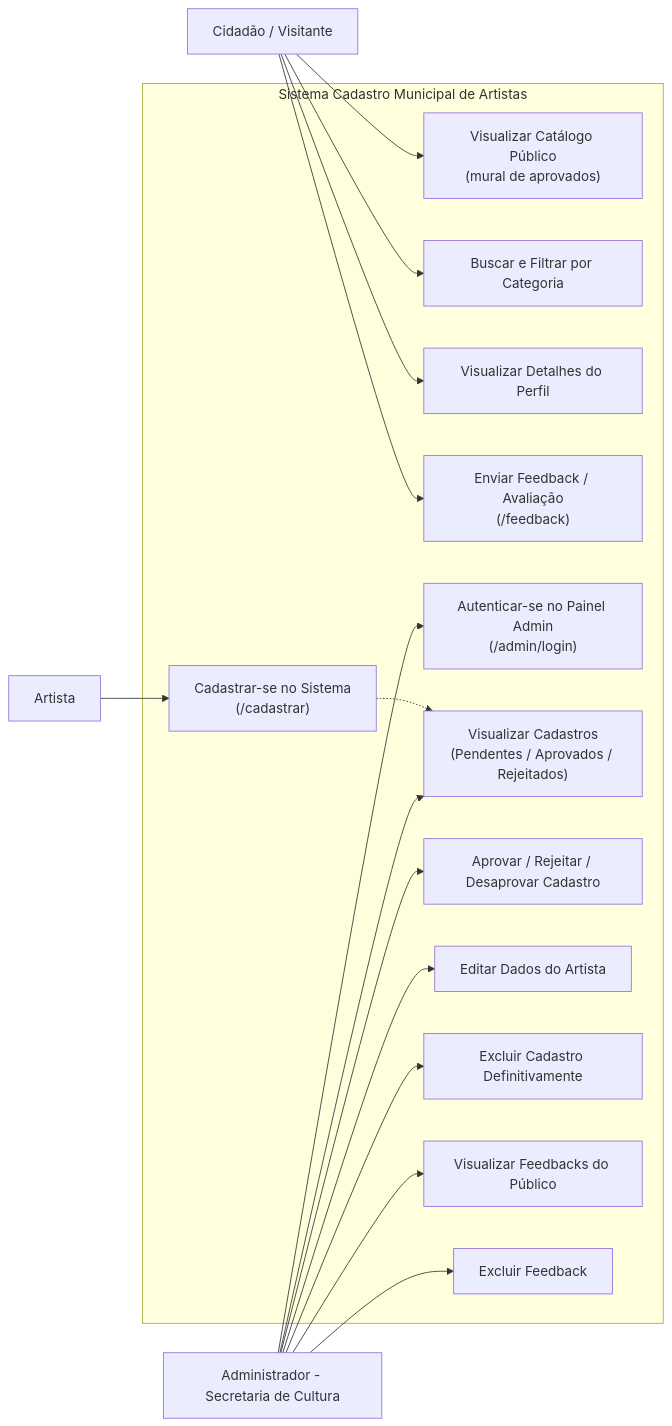
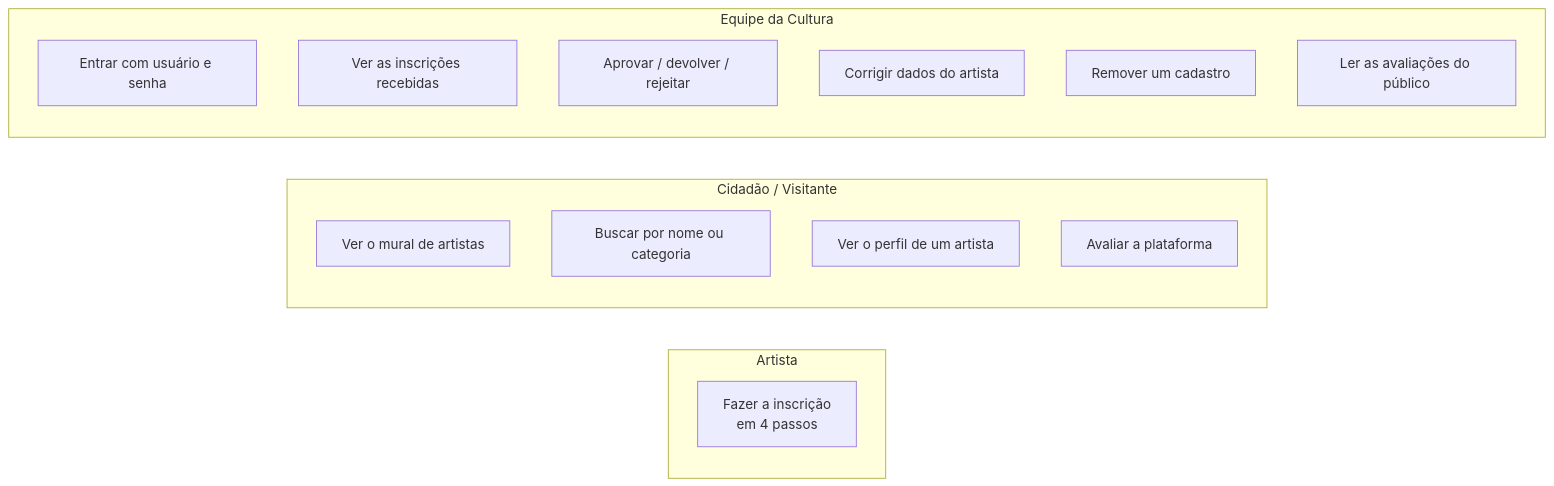
One commit to heduardowitkoski/cadastroDeArtistas changed the second of 8 diagrams in DIAGRAMAS_MERMAID.md. Above: the diagram before and after it, drawn with Mermaid. The commit also changed other lines of this file and 1 other file, not shown here.

Commit message:
docs: tornar diagramas mais ilustrativos e com linguagem acessivel

````diff
--- a/DIAGRAMAS_MERMAID.md
+++ b/DIAGRAMAS_MERMAID.md
@@ -9,37 +30,22 @@
 ```mermaid
 flowchart LR
-    A[Artista]
-    V[Cidadão / Visitante]
-    AD[Administrador - Secretaria de Cultura]
-
-    subgraph S["Sistema Cadastro Municipal de Artistas"]
-        UC1["Cadastrar-se no Sistema<br/>(/cadastrar)"]
-        UC2["Visualizar Catálogo Público<br/>(mural de aprovados)"]
-        UC3["Buscar e Filtrar por Categoria"]
-        UC4["Visualizar Detalhes do Perfil"]
-        UC5["Enviar Feedback / Avaliação<br/>(/feedback)"]
-        UC6["Autenticar-se no Painel Admin<br/>(/admin/login)"]
-        UC7["Visualizar Cadastros<br/>(Pendentes / Aprovados / Rejeitados)"]
-        UC8["Aprovar / Rejeitar / Desaprovar Cadastro"]
-        UC9["Editar Dados do Artista"]
-        UC10["Excluir Cadastro Definitivamente"]
-        UC11["Visualizar Feedbacks do Público"]
-        UC12["Excluir Feedback"]
+    subgraph Artista["Artista"]
+        A1["Fazer a inscrição<br/>em 4 passos"]
     end
 
-    A --> UC1
-    V --> UC2
-    V --> UC3
-    V --> UC4
-    V --> UC5
+    subgraph Visitante["Cidadão / Visitante"]
+        V1["Ver o mural de artistas"]
+        V2["Buscar por nome ou categoria"]
+        V3["Ver o perfil de um artista"]
+        V4["Avaliar a plataforma"]
+    end
 
-    AD --> UC6
-    AD --> UC7
-    AD --> UC8
-    AD --> UC9
-    AD --> UC10
-    AD --> UC11
-    AD --> UC12
-
-    UC1 -.-> UC7
+    subgraph Admin["Equipe da Cultura"]
+        E1["Entrar com usuário e senha"]
+        E2["Ver as inscrições recebidas"]
+        E3["Aprovar / devolver / rejeitar"]
+        E4["Corrigir dados do artista"]
+        E5["Remover um cadastro"]
+        E6["Ler as avaliações do público"]
+    end
 ```
````
